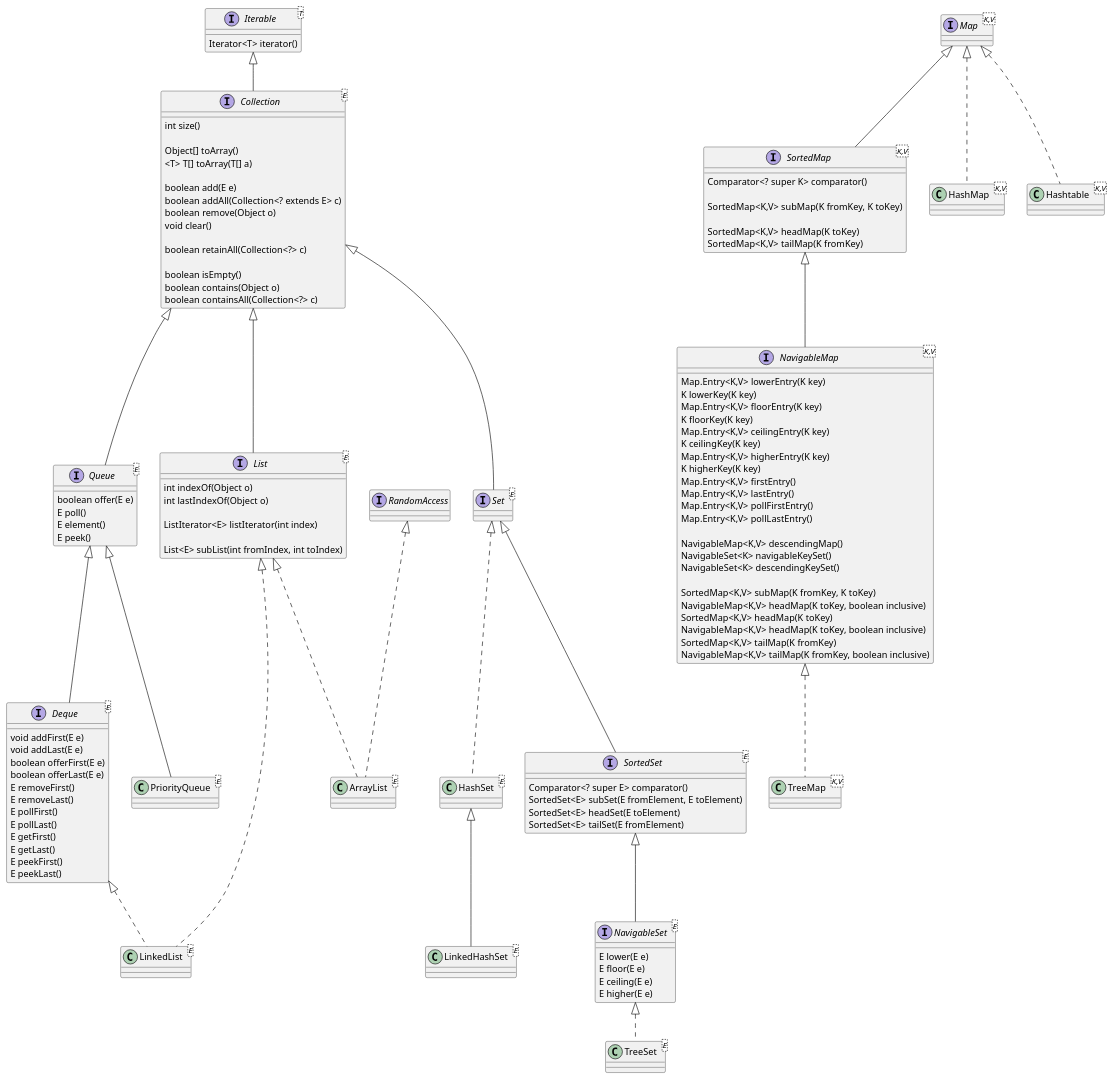
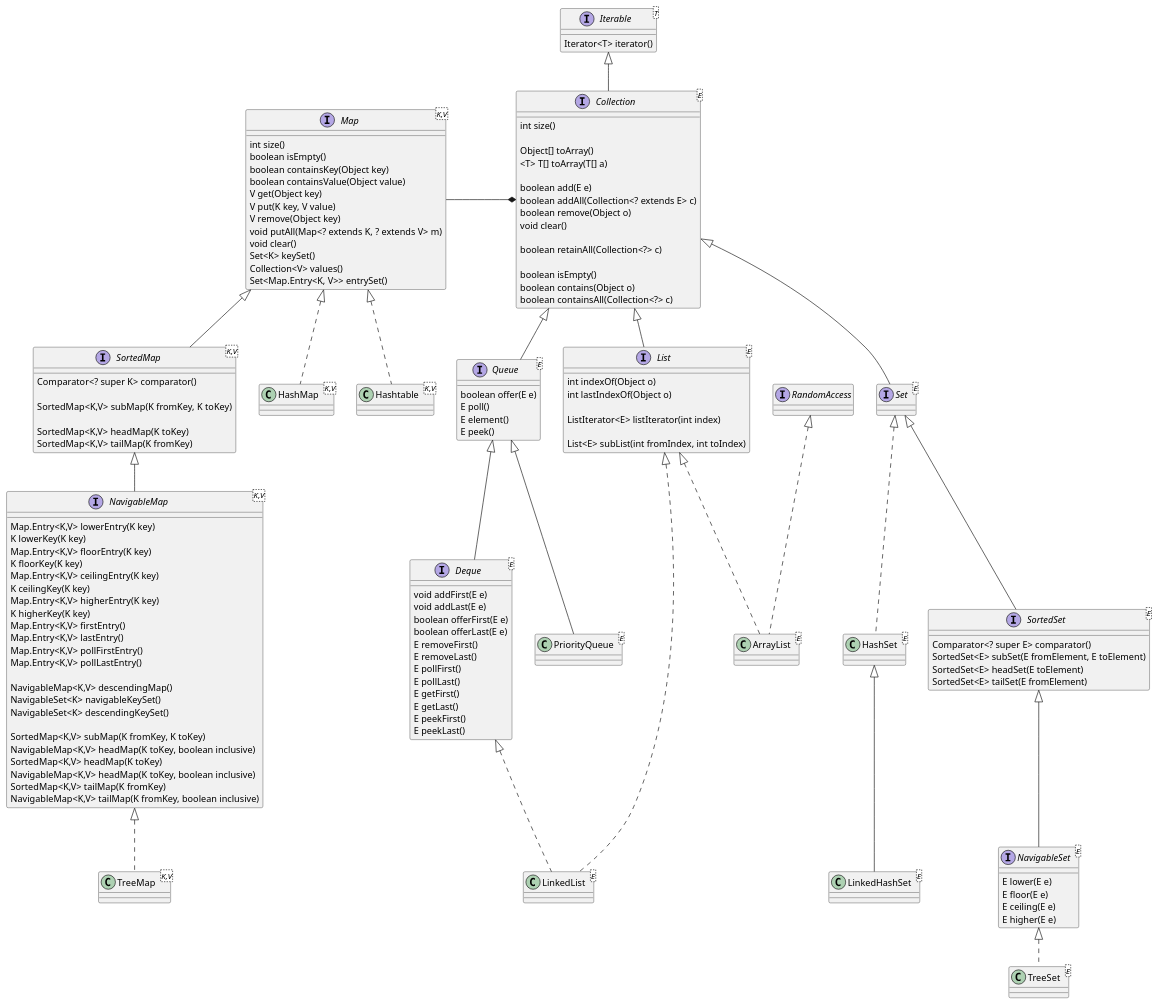
Before and after one commit to MurphyL/How-to: the diagram in docs/core-java/core/puml/java-collections.puml, drawn with PlantUML. The commit also changed 2 other files, not shown here.

```diff
--- a/docs/core-java/core/puml/java-collections.puml
+++ b/docs/core-java/core/puml/java-collections.puml
@@ -1,139 +1,157 @@
 @startuml
 
 interface Iterable<T> {
 
     Iterator<T> iterator()
 
 }
 
-interface Map<K,V>
+interface Map<K,V> {
+
+    int size()
+    boolean isEmpty()
+    boolean containsKey(Object key)
+    boolean containsValue(Object value)
+    V get(Object key)
+    V put(K key, V value)
+    V remove(Object key)
+    void putAll(Map<? extends K, ? extends V> m)
+    void clear()
+    Set<K> keySet()
+    Collection<V> values()
+    Set<Map.Entry<K, V>> entrySet()
+}
 
 interface Collection<E> extends Iterable {
 
     int size()
 
     Object[] toArray()
     <T> T[] toArray(T[] a)
 
     boolean add(E e)
     boolean addAll(Collection<? extends E> c)
     boolean remove(Object o)
     void clear()
 
     boolean retainAll(Collection<?> c)
 
     boolean isEmpty()
     boolean contains(Object o)
     boolean containsAll(Collection<?> c)
 }
+
+
+
+Map -* Collection
 
 interface Queue<E> extends Collection {
 
     boolean offer(E e)
     E poll()
     E element()
     E peek()
 }
 
 interface Deque<E> extends Queue {
 
     void addFirst(E e)
     void addLast(E e)
     boolean offerFirst(E e)
     boolean offerLast(E e)
     E removeFirst()
     E removeLast()
     E pollFirst()
     E pollLast()
     E getFirst()
     E getLast()
     E peekFirst()
     E peekLast()
 }
 
 class PriorityQueue<E> extends Queue
 
 interface List<E> extends Collection {
 
     int indexOf(Object o)
     int lastIndexOf(Object o)
 
     ListIterator<E> listIterator(int index)
 
     List<E> subList(int fromIndex, int toIndex)
 }
 
 interface Set<E> extends Collection
 
 
 class ArrayList<E> implements List, RandomAccess
 
 class LinkedList<E> implements List, Deque
 
 
 class HashSet<E> implements Set
 
 interface SortedSet<E> extends Set {
     Comparator<? super E> comparator()
     SortedSet<E> subSet(E fromElement, E toElement)
     SortedSet<E> headSet(E toElement)
     SortedSet<E> tailSet(E fromElement)
 }
 
 interface NavigableSet<E> extends SortedSet {
     E lower(E e)
     E floor(E e)
     E ceiling(E e)
     E higher(E e)
 }
 
 
 
 class TreeSet<E> implements NavigableSet
 
 class LinkedHashSet<E> extends HashSet
 
 interface SortedMap<K,V> extends Map {
 
     Comparator<? super K> comparator()
 
     SortedMap<K,V> subMap(K fromKey, K toKey)
 
     SortedMap<K,V> headMap(K toKey)
     SortedMap<K,V> tailMap(K fromKey)
 }
 
 interface NavigableMap<K,V> extends SortedMap {
 
     Map.Entry<K,V> lowerEntry(K key)
     K lowerKey(K key)
     Map.Entry<K,V> floorEntry(K key)
     K floorKey(K key)
     Map.Entry<K,V> ceilingEntry(K key)
     K ceilingKey(K key)
     Map.Entry<K,V> higherEntry(K key)
     K higherKey(K key)
     Map.Entry<K,V> firstEntry()
     Map.Entry<K,V> lastEntry()
     Map.Entry<K,V> pollFirstEntry()
     Map.Entry<K,V> pollLastEntry()
 
     NavigableMap<K,V> descendingMap()
     NavigableSet<K> navigableKeySet()
     NavigableSet<K> descendingKeySet()
 
     SortedMap<K,V> subMap(K fromKey, K toKey)
     NavigableMap<K,V> headMap(K toKey, boolean inclusive)
     SortedMap<K,V> headMap(K toKey)
     NavigableMap<K,V> headMap(K toKey, boolean inclusive)
     SortedMap<K,V> tailMap(K fromKey)
     NavigableMap<K,V> tailMap(K fromKey, boolean inclusive)
 }
 
 class HashMap<K,V> implements Map
 
 class TreeMap<K,V> implements NavigableMap
 
 class Hashtable<K,V> implements Map
 
 @enduml
```
